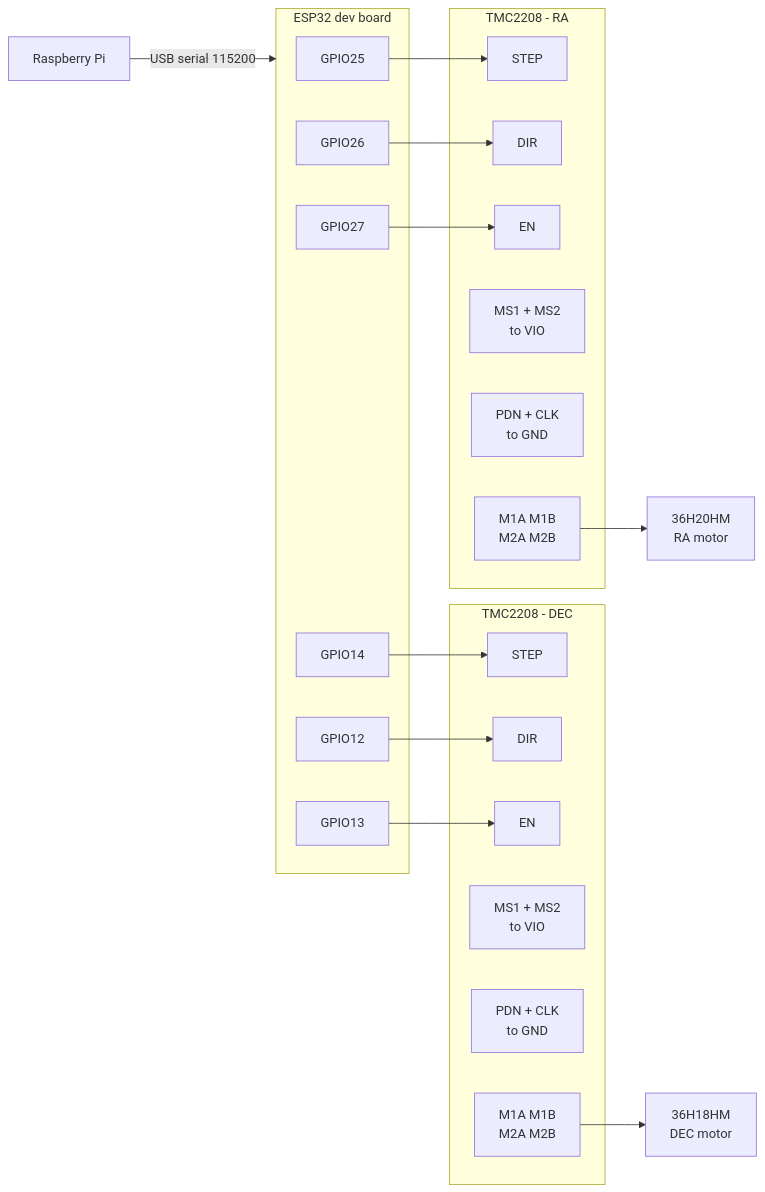
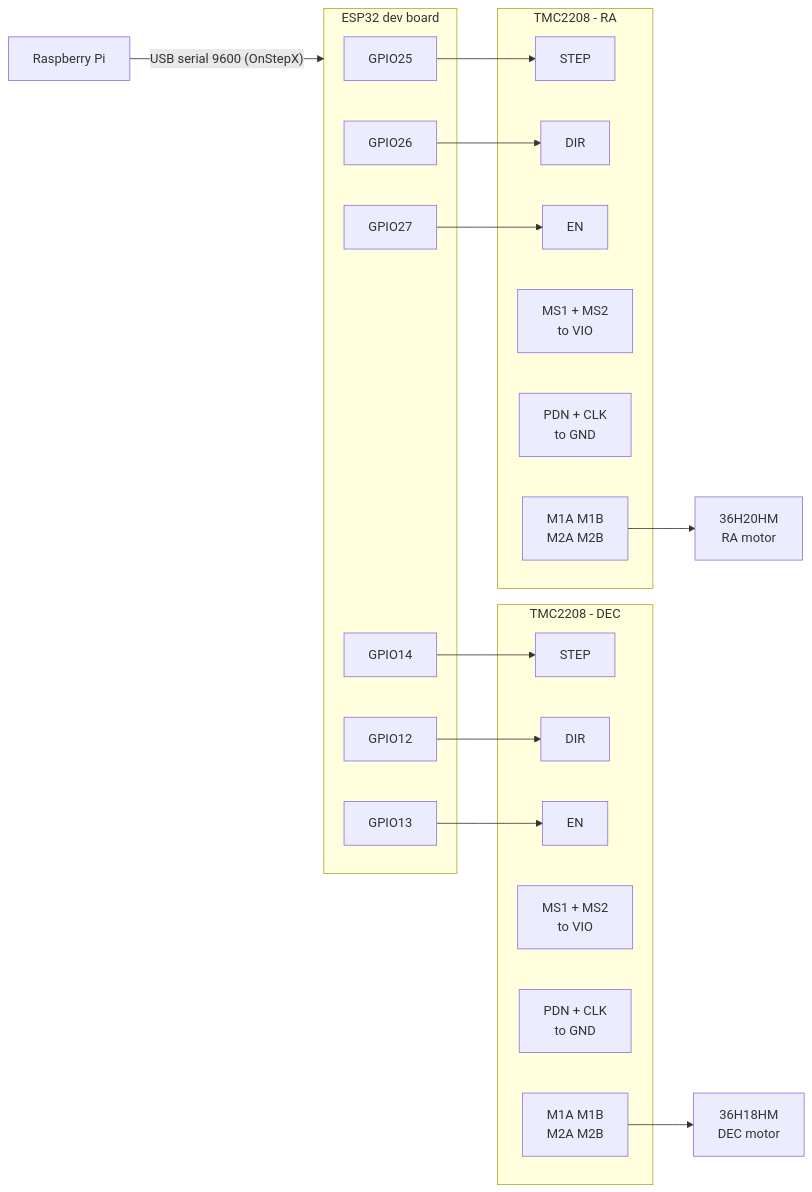
One commit to 0denko/AstroDrive changed the second of 2 diagrams in HARDWARE.md. Above: the diagram before and after it, drawn with Mermaid. The commit also changed other lines of this file and 21 other files, not shown here.

Commit message:
Switch profiles to TMC2208S standalone drivers & add ESP32/ESP8266 wiring diagrams

````diff
--- a/HARDWARE.md
+++ b/HARDWARE.md
@@ -97,36 +107,36 @@
 ```mermaid
 graph LR
-  PI["Raspberry Pi"] -->|"USB serial 115200"| ESP
+  PI["Raspberry Pi"] -->|"USB serial 9600 (OnStepX)"| ESP
   subgraph ESP["ESP32 dev board"]
     P25["GPIO25"]
     P26["GPIO26"]
     P27["GPIO27"]
     P14["GPIO14"]
     P12["GPIO12"]
     P13["GPIO13"]
   end
   subgraph RA["TMC2208 - RA"]
     RS["STEP"]
     RD["DIR"]
     RE["EN"]
     RMS["MS1 + MS2<br/>to VIO"]
     RPC["PDN + CLK<br/>to GND"]
     RC["M1A M1B<br/>M2A M2B"]
   end
   subgraph DEC["TMC2208 - DEC"]
     DS["STEP"]
     DD["DIR"]
     DE["EN"]
     DMS["MS1 + MS2<br/>to VIO"]
     DPC["PDN + CLK<br/>to GND"]
     DC["M1A M1B<br/>M2A M2B"]
   end
   P25 --> RS
   P26 --> RD
   P27 --> RE
   P14 --> DS
   P12 --> DD
   P13 --> DE
   RC --> M1["36H20HM<br/>RA motor"]
   DC --> M2["36H18HM<br/>DEC motor"]
 ```
````
